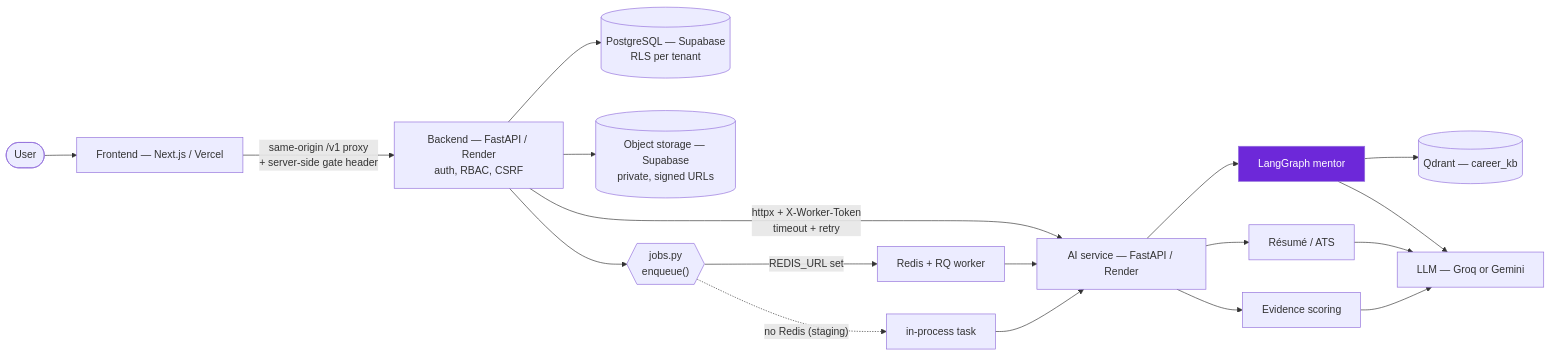
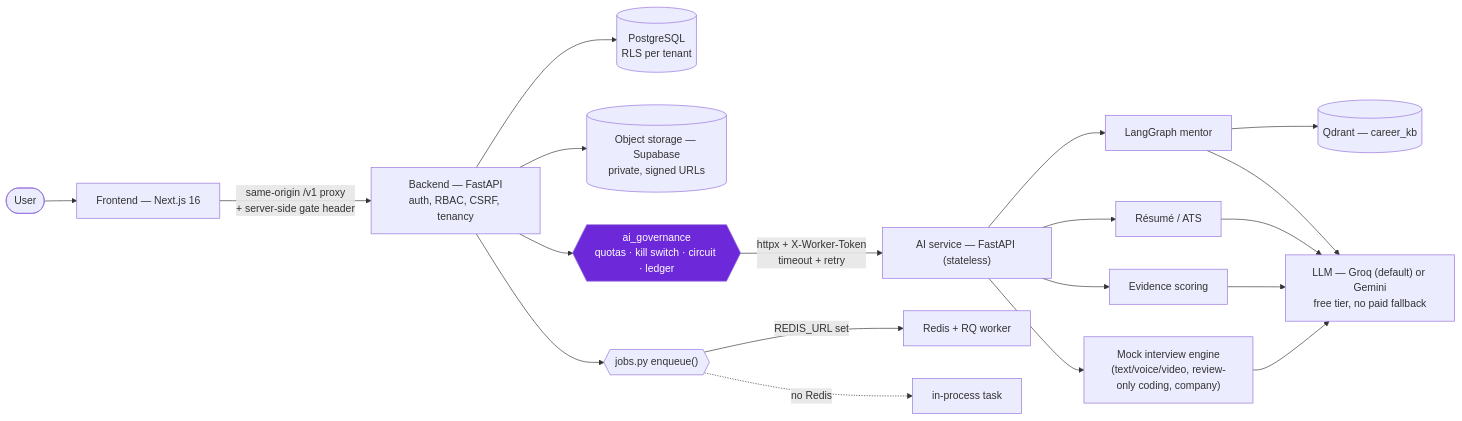
One commit to Vishal-AI-ML-Dev/campus-ai changed the first of 3 diagrams in README.md. Above: the diagram before and after it, drawn with Mermaid. The commit also changed other lines of this file and 4 other files, not shown here.

````diff
--- a/README.md
+++ b/README.md
@@ -101,21 +112,22 @@
 ```mermaid
 flowchart LR
-    U([User]) --> FE["Frontend — Next.js / Vercel"]
-    FE -->|"same-origin /v1 proxy<br/>+ server-side gate header"| API["Backend — FastAPI / Render<br/>auth, RBAC, CSRF"]
-    API --> PG[("PostgreSQL — Supabase<br/>RLS per tenant")]
+    U([User]) --> FE["Frontend — Next.js 16"]
+    FE -->|"same-origin /v1 proxy<br/>+ server-side gate header"| API["Backend — FastAPI<br/>auth, RBAC, CSRF, tenancy"]
+    API --> PG[("PostgreSQL<br/>RLS per tenant")]
     API --> ST[("Object storage — Supabase<br/>private, signed URLs")]
-    API -->|"httpx + X-Worker-Token<br/>timeout + retry"| AIW["AI service — FastAPI / Render"]
-    API --> JOB{{"jobs.py<br/>enqueue()"}}
+    API --> GOV{{"ai_governance<br/>quotas · kill switch · circuit · ledger"}}
+    GOV -->|"httpx + X-Worker-Token<br/>timeout + retry"| AIW["AI service — FastAPI (stateless)"]
+    API --> JOB{{"jobs.py enqueue()"}}
     JOB -->|"REDIS_URL set"| RQ["Redis + RQ worker"]
-    JOB -.->|"no Redis (staging)"| BG["in-process task"]
-    RQ --> AIW
-    BG --> AIW
+    JOB -.->|"no Redis"| BG["in-process task"]
     AIW --> MEN["LangGraph mentor"]
     AIW --> RES["Résumé / ATS"]
     AIW --> SCO["Evidence scoring"]
+    AIW --> INT["Mock interview engine<br/>(text/voice/video, review-only coding, company)"]
     MEN --> QD[("Qdrant — career_kb")]
-    MEN --> LLM["LLM — Groq or Gemini"]
+    MEN --> LLM["LLM — Groq (default) or Gemini<br/>free tier, no paid fallback"]
     RES --> LLM
     SCO --> LLM
-    style MEN fill:#6D28D9,color:#fff
+    INT --> LLM
+    style GOV fill:#6D28D9,color:#fff
 ```
````
